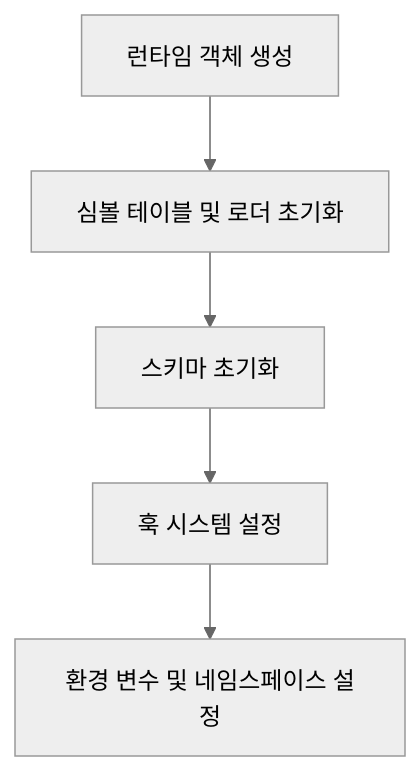
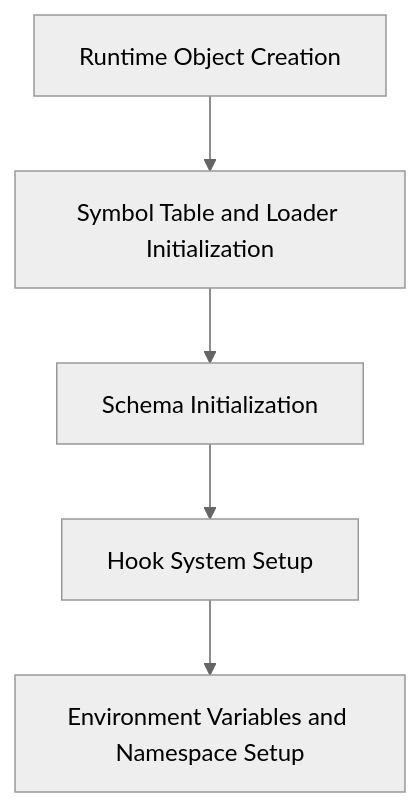
The fourth of 9 diagrams in docs/flowchart.md (siyul-park/uniflow), drawn with Mermaid (neutral theme) before and after one commit. The commit also changed other lines of this file and 3 other files, not shown here.

````diff
--- a/docs/flowchart.md
+++ b/docs/flowchart.md
@@ -89,7 +90,7 @@
 ```mermaid
 flowchart TD
-    A["런타임 객체 생성"] --> B["심볼 테이블 및 로더 초기화"]
-    B --> C["스키마 초기화"]
-    C --> D["훅 시스템 설정"]
-    D --> E["환경 변수 및 네임스페이스 설정"]
+    A["Runtime Object Creation"] --> B["Symbol Table and Loader Initialization"]
+    B --> C["Schema Initialization"]
+    C --> D["Hook System Setup"]
+    D --> E["Environment Variables and Namespace Setup"]
 ```
````
